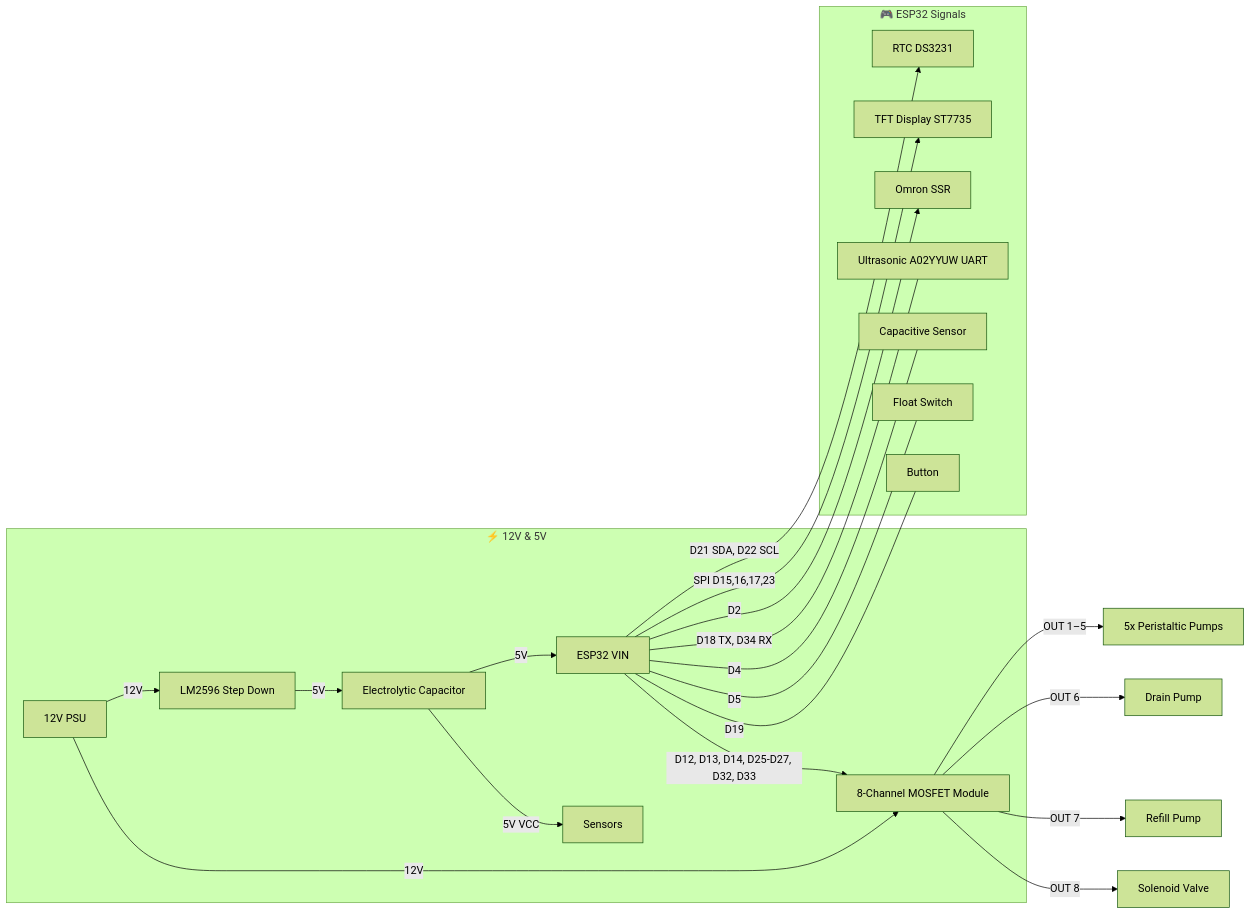
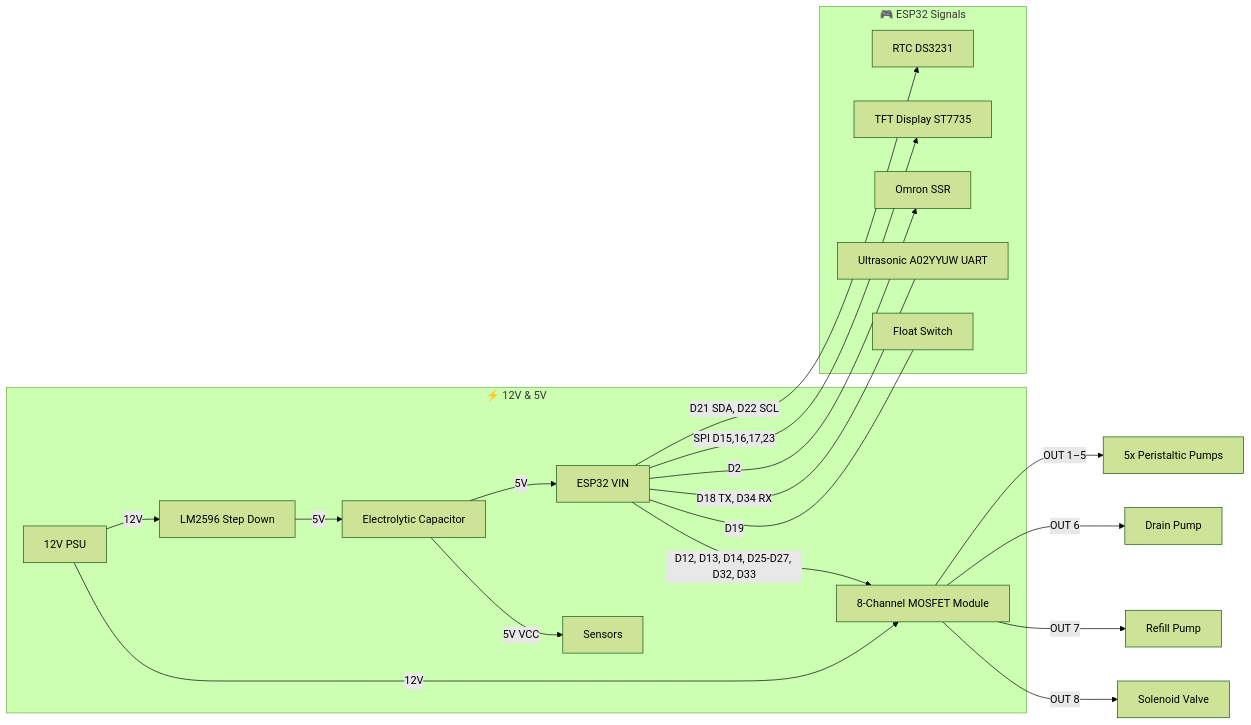
Before and after one commit to PhilipeGatis/IARA: the second of 2 diagrams in README.md, drawn with Mermaid (forest theme). The commit also changed other lines of this file and 9 other files, not shown here.

````diff
--- a/README.md
+++ b/README.md
@@ -112,26 +112,24 @@
 ```mermaid
 graph LR
   subgraph Power [⚡ 12V & 5V]
     PSU[12V PSU] -->|12V| MOSFET[8-Channel MOSFET Module]
     PSU -->|12V| LM2596[LM2596 Step Down]
     LM2596 -->|5V| Cap[Electrolytic Capacitor]
     Cap -->|5V| ESP32[ESP32 VIN]
     Cap -->|5V VCC| SENS[Sensors]
   end
 
   subgraph Signals [🎮 ESP32 Signals]
     ESP32 -->|D21 SDA, D22 SCL| I2C[RTC DS3231]
     ESP32 -->|SPI D15,16,17,23| TFT[TFT Display ST7735]
     ESP32 -->|D12, D13, D14, D25-D27, D32, D33| MOSFET
     ESP32 -->|D2| SSR[Omron SSR]
     ESP32 ---|D18 TX, D34 RX| Ultra[Ultrasonic A02YYUW UART]
-    ESP32 ---|D4| Water[Capacitive Sensor]
-    ESP32 ---|D5| Float[Float Switch]
-    ESP32 ---|D19| Button[Button]
+    ESP32 ---|D19| Float[Float Switch]
   end
 
   MOSFET -->|OUT 1–5| Peristaltic[5x Peristaltic Pumps]
   MOSFET -->|OUT 6| Drain[Drain Pump]
   MOSFET -->|OUT 7| Refill[Refill Pump]
   MOSFET -->|OUT 8| Solenoid[Solenoid Valve]
 ```
````
